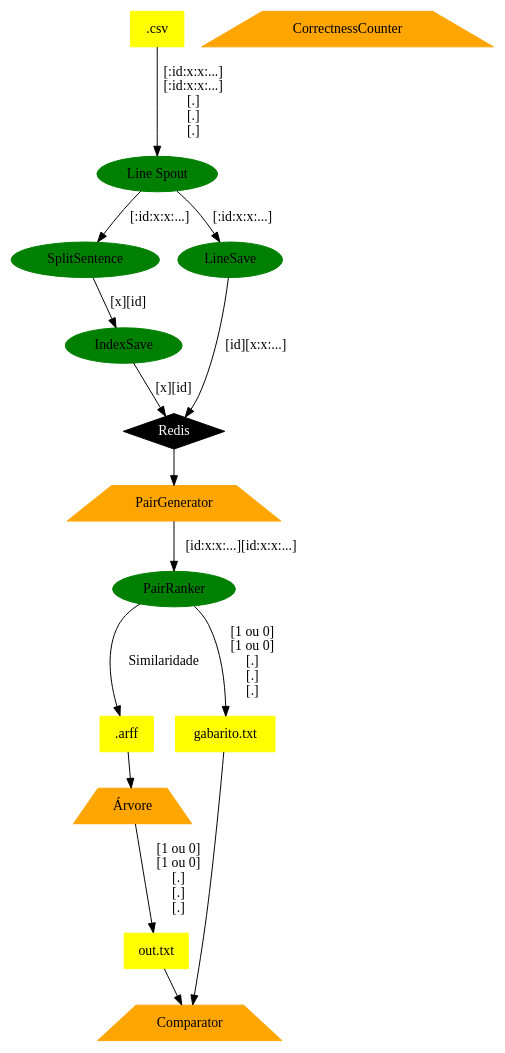
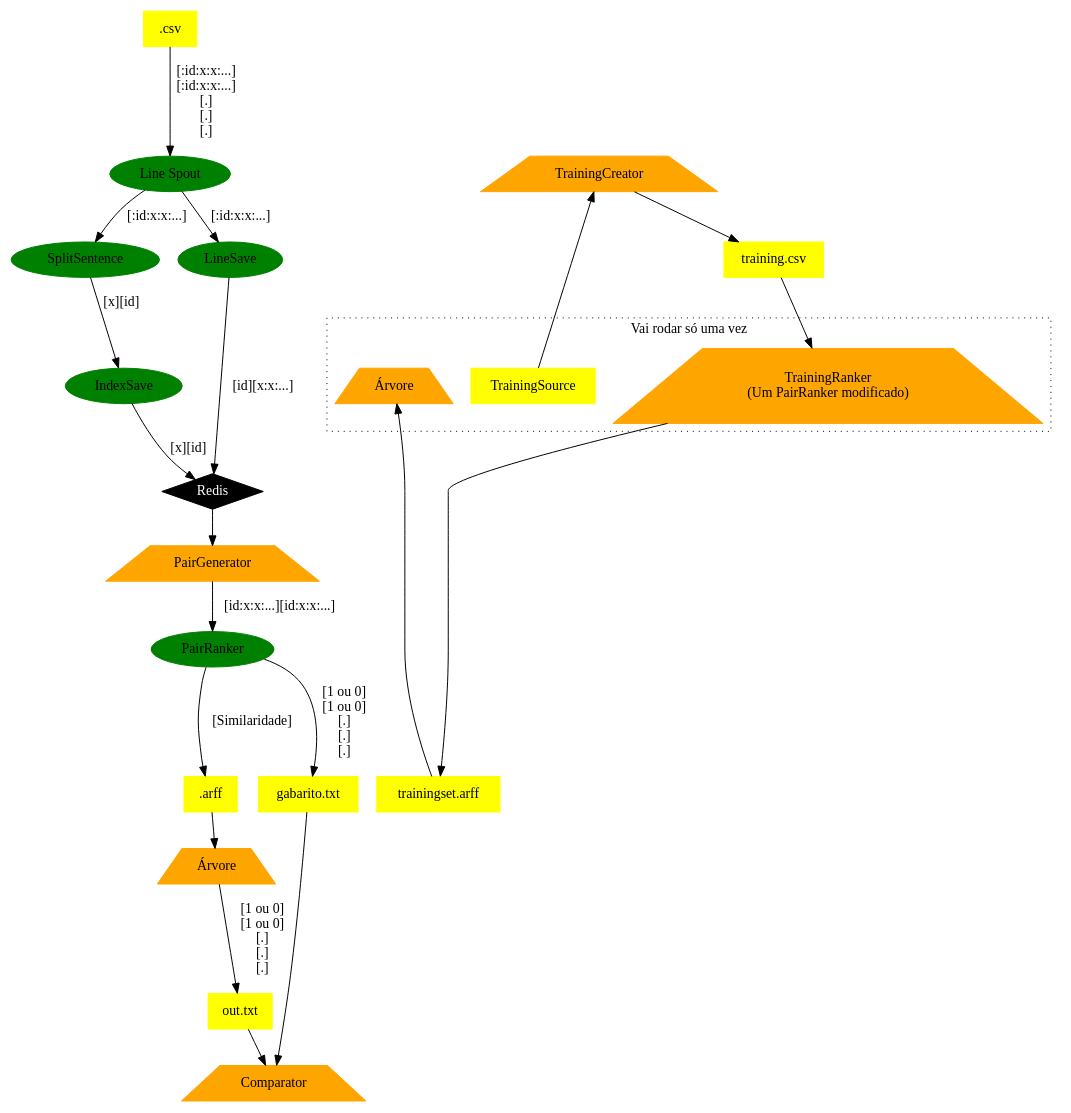
One commit to luanfelixpimentel/storminho changed the diagram in info/whats_going_on.dot. Above: the diagram before and after it, drawn with Graphviz. The commit also changed 6 other files, not shown here.

```diff
--- a/info/whats_going_on.dot
+++ b/info/whats_going_on.dot
@@ -1,61 +1,75 @@
 digraph projeto_topology {
     node [style="filled"]
     //files
     {
         node [shape="box" color="yellow"]
         csv [label=".csv"]
         arff [label=".arff"]
         out [label="out.txt"]
         gabarito [label="gabarito.txt"]
     }
     //spouts and bolts
     {
         node [shape="ellipse" color="green"]
         linespout [label="Line Spout", comment="teste"]
         splitsentence [label="SplitSentence"]
         linesave [label="LineSave"]
         indexsave [label="IndexSave"]
         pairranker [label="PairRanker"]
     }
     //programas
     {
         node [shape="trapezium" color="orange"]
         pairgenerator [label="PairGenerator"]
         comparator [label="Comparator"]
-        correctnesscounter [label="CorrectnessCounter"]
+        //correctnesscounter [label="CorrectnessCounter"]
         arvore [label="Árvore"]
     }
 
     //outros
     {
         node [shape="diamond" color="black" fontcolor="white"]
         redis [label="Redis"]
     }
 
     //ligações
     {
         csv -> linespout [label="[:id:x:x:...]\n[:id:x:x:...]\n[.]\n[.]\n[.]"]
         linespout -> splitsentence [label="[:id:x:x:...]"]
         linespout -> linesave [label="[:id:x:x:...]"]
         linesave -> redis [label="[id][x:x:...]"]
         splitsentence -> indexsave [label="[x][id]"]
         indexsave -> redis[label="[x][id]"]
         redis -> pairgenerator [label=""]
         pairgenerator -> pairranker [label="[id:x:x:...][id:x:x:...]"]
-        pairranker -> arff [label="Similaridade"]
         pairranker -> gabarito [label="[1 ou 0]\n[1 ou 0]\n[.]\n[.]\n[.]"]
+        gabarito -> comparator [label=""]
+        pairranker -> arff [label="[Similaridade]"]
         arff -> arvore [label=""]
         arvore -> out [label="[1 ou 0]\n[1 ou 0]\n[.]\n[.]\n[.]"]
         out -> comparator [label=""]
-        gabarito -> comparator [label=""]
 
+    }
+
+    //training
+    subgraph cluster_training {
+        graph [label="Vai rodar só uma vez" style=dotted]
+        node [shape="box" color=yellow]
+        trainingsource [label="TrainingSource"]
+        trainingcsv [label="training.csv"]
+        trainingset [label="trainingset.arff"]
+
+        node [shape="trapezium" color=orange]
+        trainingcreator [label="TrainingCreator"]
+        trainingranker [label="TrainingRanker\n(Um PairRanker modificado)"]
+        trainingarvore [label="Árvore"]
+        trainingsource -> trainingcreator -> trainingcsv -> trainingranker -> trainingset -> trainingarvore
     }
 
     //ranks (posições)
     {
-        {rank=same; splitsentence linesave}
-        {rank=same; arff gabarito}
-
-
+        {rank=same; splitsentence linesave trainingcsv}
+        {rank=same; arff gabarito trainingset}
+        {rank=same; linespout trainingcreator}
     }
 }
```
